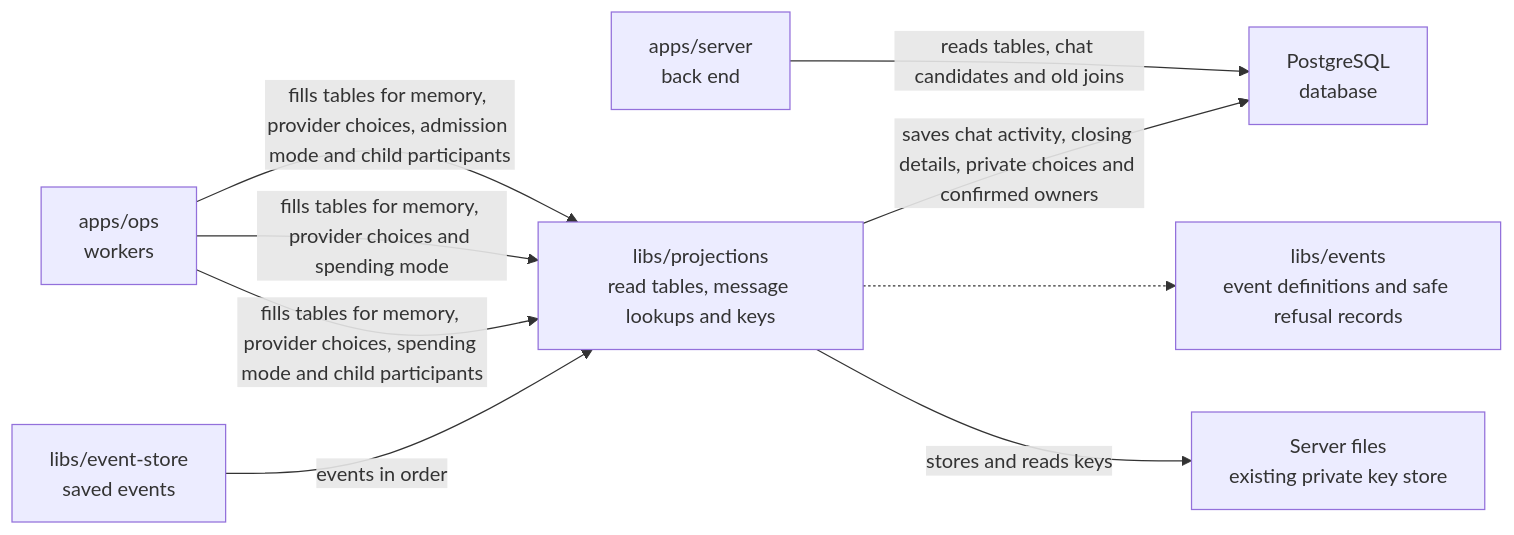
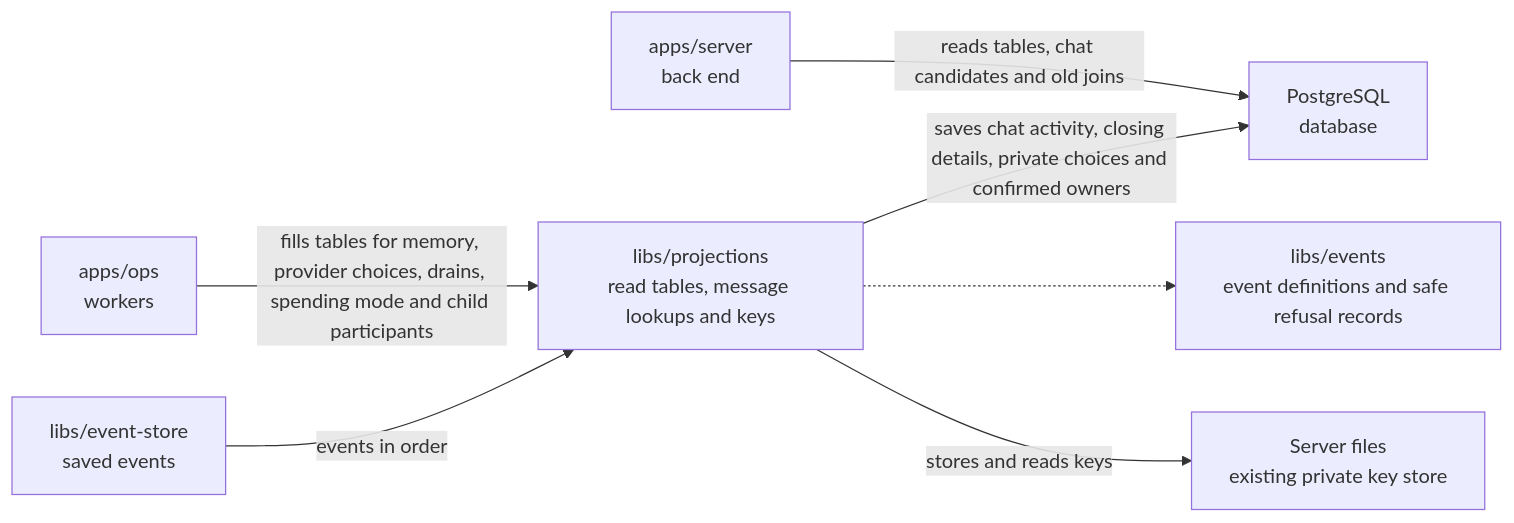
The diagram in libs/projections/README.md (elewa-git/opencrane-new), drawn with Mermaid before and after one commit. The commit also changed other lines of this file and 19 other files, not shown here.

````diff
--- a/libs/projections/README.md
+++ b/libs/projections/README.md
@@ -23,11 +23,9 @@
 ```mermaid
 flowchart LR
-  ops["apps/ops<br/>workers"] -->|fills tables for memory, provider choices, admission mode and child participants| projections["libs/projections<br/>read tables, message lookups and keys"]
-  ops["apps/ops<br/>workers"] -->|fills tables for memory, provider choices and spending mode| projections["libs/projections<br/>read tables, message lookups and keys"]
-  ops["apps/ops<br/>workers"] -->|fills tables for memory, provider choices, spending mode and child participants| projections["libs/projections<br/>read tables, message lookups and keys"]
+  ops["apps/ops<br/>workers"] -->|fills tables for memory, provider choices, drains, spending mode and child participants| projections["libs/projections<br/>read tables, message lookups and keys"]
   server["apps/server<br/>back end"] -->|reads tables, chat candidates and old joins| pg["PostgreSQL<br/>database"]
   projections -->|saves chat activity, closing details, private choices and confirmed owners| pg
   store["libs/event-store<br/>saved events"] -->|events in order| projections
   projections -.-> events["libs/events<br/>event definitions and safe refusal records"]
   projections -->|stores and reads keys| keys["Server files<br/>existing private key store"]
 ```
````
